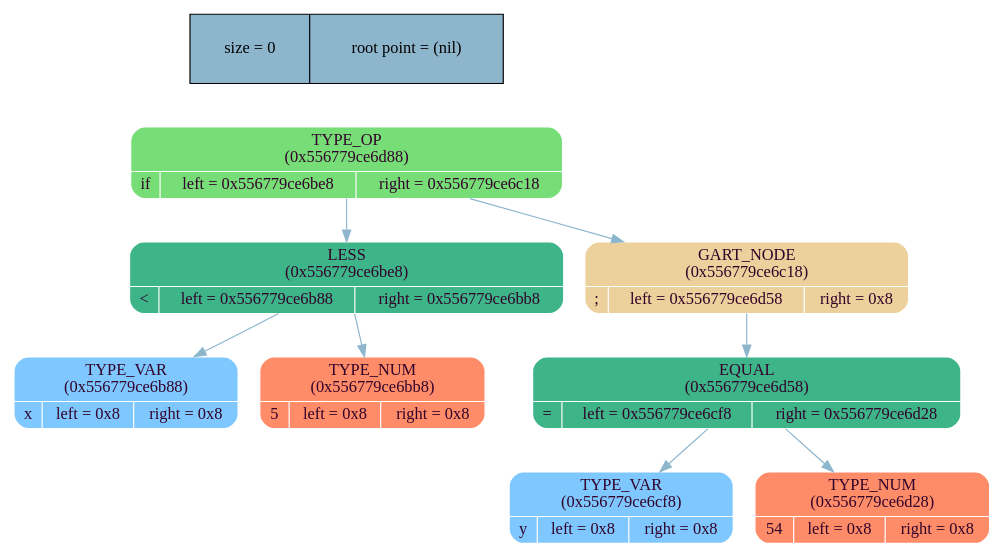
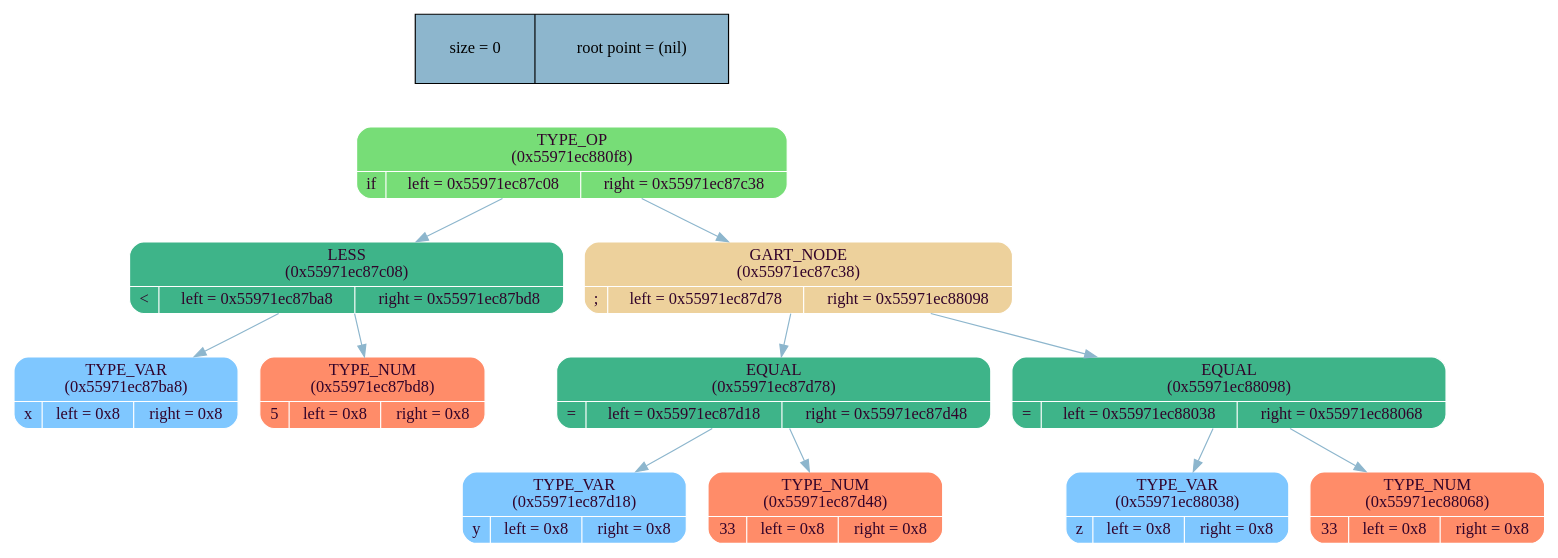
The diagram in frontend/tree/graph_lib/tree_dump.dot (MaxGroshev/language), drawn with Graphviz before and after one commit. The commit also changed 5 other files, not shown here.

```diff
--- a/frontend/tree/graph_lib/tree_dump.dot
+++ b/frontend/tree/graph_lib/tree_dump.dot
@@ -1,24 +1,30 @@
 digraph   
 {
 rankdir = ""
 splines = "true"
 
 node_stat [margin = "0.3*0.3", style = "filled", shape = "record", fillcolor = "#8DB6CD" label = " size = 0 | root point = (nil)"]
 {rank = source; node_stat}
 
-node0x556779ce6d88 [shape = "Mrecord", fillcolor = "#77DD77", style = "filled", fontcolor = "#31032A", fontname = "Calibri", color = "white", label = "{TYPE_OP\n (0x556779ce6d88)| {if |left = 0x556779ce6be8 |right = 0x556779ce6c18}}"]
-node0x556779ce6d88 -> node0x556779ce6be8 [color = "#8DB6CD", style = "", constraint = true, fillcolor = "#8DB6CD",   fontcolor = "", fontname = "Calibri", label = ""];
-node0x556779ce6be8 [shape = "Mrecord", fillcolor = "#3EB489", style = "filled", fontcolor = "#31032A", fontname = "Calibri", color = "white", label = "{LESS\n (0x556779ce6be8)| {\< |left = 0x556779ce6b88 |right = 0x556779ce6bb8}}"]
-node0x556779ce6be8 -> node0x556779ce6b88 [color = "#8DB6CD", style = "", constraint = true, fillcolor = "#8DB6CD",   fontcolor = "", fontname = "Calibri", label = ""];
-node0x556779ce6b88 [shape = "Mrecord", fillcolor = "#7FC7FF", style = "filled", fontcolor = "#31032A", fontname = "Calibri", color = "white", label = "{TYPE_VAR\n (0x556779ce6b88)| {x |left = 0x8 |right = 0x8}}"]
-node0x556779ce6be8 -> node0x556779ce6bb8 [color = "#8DB6CD", style = "", constraint = true, fillcolor = "#8DB6CD",   fontcolor = "", fontname = "Calibri", label = ""];
-node0x556779ce6bb8 [shape = "Mrecord", fillcolor = "#FF8C69", style = "filled", fontcolor = "#31032A", fontname = "Calibri", color = "white", label = "{TYPE_NUM\n (0x556779ce6bb8)| {5 |left = 0x8 |right = 0x8}}"]
-node0x556779ce6d88 -> node0x556779ce6c18 [color = "#8DB6CD", style = "", constraint = true, fillcolor = "#8DB6CD",   fontcolor = "", fontname = "Calibri", label = ""];
-node0x556779ce6c18 [shape = "Mrecord", fillcolor = "#EDD19C", style = "filled", fontcolor = "#31032A", fontname = "Calibri", color = "white", label = "{GART_NODE\n (0x556779ce6c18)| {; |left = 0x556779ce6d58 |right = 0x8}}"]
-node0x556779ce6c18 -> node0x556779ce6d58 [color = "#8DB6CD", style = "", constraint = true, fillcolor = "#8DB6CD",   fontcolor = "", fontname = "Calibri", label = ""];
-node0x556779ce6d58 [shape = "Mrecord", fillcolor = "#3EB489", style = "filled", fontcolor = "#31032A", fontname = "Calibri", color = "white", label = "{EQUAL\n (0x556779ce6d58)| {= |left = 0x556779ce6cf8 |right = 0x556779ce6d28}}"]
-node0x556779ce6d58 -> node0x556779ce6cf8 [color = "#8DB6CD", style = "", constraint = true, fillcolor = "#8DB6CD",   fontcolor = "", fontname = "Calibri", label = ""];
-node0x556779ce6cf8 [shape = "Mrecord", fillcolor = "#7FC7FF", style = "filled", fontcolor = "#31032A", fontname = "Calibri", color = "white", label = "{TYPE_VAR\n (0x556779ce6cf8)| {y |left = 0x8 |right = 0x8}}"]
-node0x556779ce6d58 -> node0x556779ce6d28 [color = "#8DB6CD", style = "", constraint = true, fillcolor = "#8DB6CD",   fontcolor = "", fontname = "Calibri", label = ""];
-node0x556779ce6d28 [shape = "Mrecord", fillcolor = "#FF8C69", style = "filled", fontcolor = "#31032A", fontname = "Calibri", color = "white", label = "{TYPE_NUM\n (0x556779ce6d28)| {54 |left = 0x8 |right = 0x8}}"]
+node0x55971ec880f8 [shape = "Mrecord", fillcolor = "#77DD77", style = "filled", fontcolor = "#31032A", fontname = "Calibri", color = "white", label = "{TYPE_OP\n (0x55971ec880f8)| {if |left = 0x55971ec87c08 |right = 0x55971ec87c38}}"]
+node0x55971ec880f8 -> node0x55971ec87c08 [color = "#8DB6CD", style = "", constraint = true, fillcolor = "#8DB6CD",   fontcolor = "", fontname = "Calibri", label = ""];
+node0x55971ec87c08 [shape = "Mrecord", fillcolor = "#3EB489", style = "filled", fontcolor = "#31032A", fontname = "Calibri", color = "white", label = "{LESS\n (0x55971ec87c08)| {\< |left = 0x55971ec87ba8 |right = 0x55971ec87bd8}}"]
+node0x55971ec87c08 -> node0x55971ec87ba8 [color = "#8DB6CD", style = "", constraint = true, fillcolor = "#8DB6CD",   fontcolor = "", fontname = "Calibri", label = ""];
+node0x55971ec87ba8 [shape = "Mrecord", fillcolor = "#7FC7FF", style = "filled", fontcolor = "#31032A", fontname = "Calibri", color = "white", label = "{TYPE_VAR\n (0x55971ec87ba8)| {x |left = 0x8 |right = 0x8}}"]
+node0x55971ec87c08 -> node0x55971ec87bd8 [color = "#8DB6CD", style = "", constraint = true, fillcolor = "#8DB6CD",   fontcolor = "", fontname = "Calibri", label = ""];
+node0x55971ec87bd8 [shape = "Mrecord", fillcolor = "#FF8C69", style = "filled", fontcolor = "#31032A", fontname = "Calibri", color = "white", label = "{TYPE_NUM\n (0x55971ec87bd8)| {5 |left = 0x8 |right = 0x8}}"]
+node0x55971ec880f8 -> node0x55971ec87c38 [color = "#8DB6CD", style = "", constraint = true, fillcolor = "#8DB6CD",   fontcolor = "", fontname = "Calibri", label = ""];
+node0x55971ec87c38 [shape = "Mrecord", fillcolor = "#EDD19C", style = "filled", fontcolor = "#31032A", fontname = "Calibri", color = "white", label = "{GART_NODE\n (0x55971ec87c38)| {; |left = 0x55971ec87d78 |right = 0x55971ec88098}}"]
+node0x55971ec87c38 -> node0x55971ec87d78 [color = "#8DB6CD", style = "", constraint = true, fillcolor = "#8DB6CD",   fontcolor = "", fontname = "Calibri", label = ""];
+node0x55971ec87d78 [shape = "Mrecord", fillcolor = "#3EB489", style = "filled", fontcolor = "#31032A", fontname = "Calibri", color = "white", label = "{EQUAL\n (0x55971ec87d78)| {= |left = 0x55971ec87d18 |right = 0x55971ec87d48}}"]
+node0x55971ec87d78 -> node0x55971ec87d18 [color = "#8DB6CD", style = "", constraint = true, fillcolor = "#8DB6CD",   fontcolor = "", fontname = "Calibri", label = ""];
+node0x55971ec87d18 [shape = "Mrecord", fillcolor = "#7FC7FF", style = "filled", fontcolor = "#31032A", fontname = "Calibri", color = "white", label = "{TYPE_VAR\n (0x55971ec87d18)| {y |left = 0x8 |right = 0x8}}"]
+node0x55971ec87d78 -> node0x55971ec87d48 [color = "#8DB6CD", style = "", constraint = true, fillcolor = "#8DB6CD",   fontcolor = "", fontname = "Calibri", label = ""];
+node0x55971ec87d48 [shape = "Mrecord", fillcolor = "#FF8C69", style = "filled", fontcolor = "#31032A", fontname = "Calibri", color = "white", label = "{TYPE_NUM\n (0x55971ec87d48)| {33 |left = 0x8 |right = 0x8}}"]
+node0x55971ec87c38 -> node0x55971ec88098 [color = "#8DB6CD", style = "", constraint = true, fillcolor = "#8DB6CD",   fontcolor = "", fontname = "Calibri", label = ""];
+node0x55971ec88098 [shape = "Mrecord", fillcolor = "#3EB489", style = "filled", fontcolor = "#31032A", fontname = "Calibri", color = "white", label = "{EQUAL\n (0x55971ec88098)| {= |left = 0x55971ec88038 |right = 0x55971ec88068}}"]
+node0x55971ec88098 -> node0x55971ec88038 [color = "#8DB6CD", style = "", constraint = true, fillcolor = "#8DB6CD",   fontcolor = "", fontname = "Calibri", label = ""];
+node0x55971ec88038 [shape = "Mrecord", fillcolor = "#7FC7FF", style = "filled", fontcolor = "#31032A", fontname = "Calibri", color = "white", label = "{TYPE_VAR\n (0x55971ec88038)| {z |left = 0x8 |right = 0x8}}"]
+node0x55971ec88098 -> node0x55971ec88068 [color = "#8DB6CD", style = "", constraint = true, fillcolor = "#8DB6CD",   fontcolor = "", fontname = "Calibri", label = ""];
+node0x55971ec88068 [shape = "Mrecord", fillcolor = "#FF8C69", style = "filled", fontcolor = "#31032A", fontname = "Calibri", color = "white", label = "{TYPE_NUM\n (0x55971ec88068)| {33 |left = 0x8 |right = 0x8}}"]
 }
```
